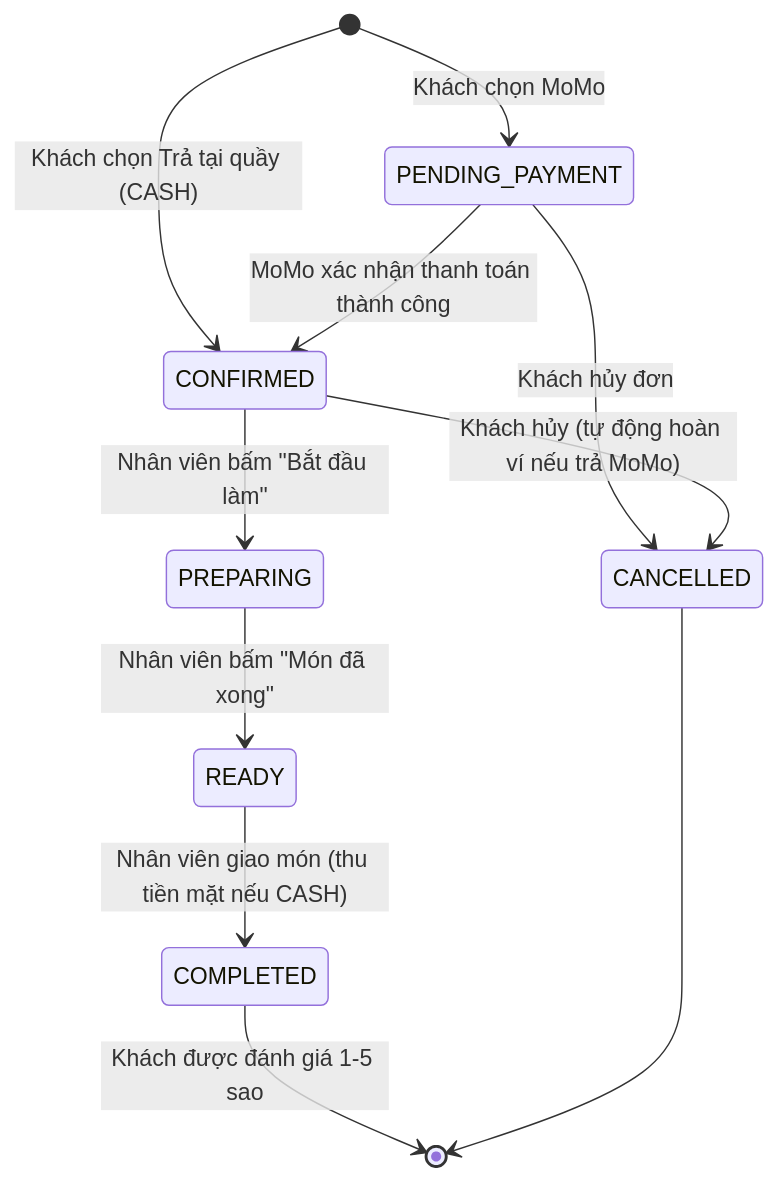
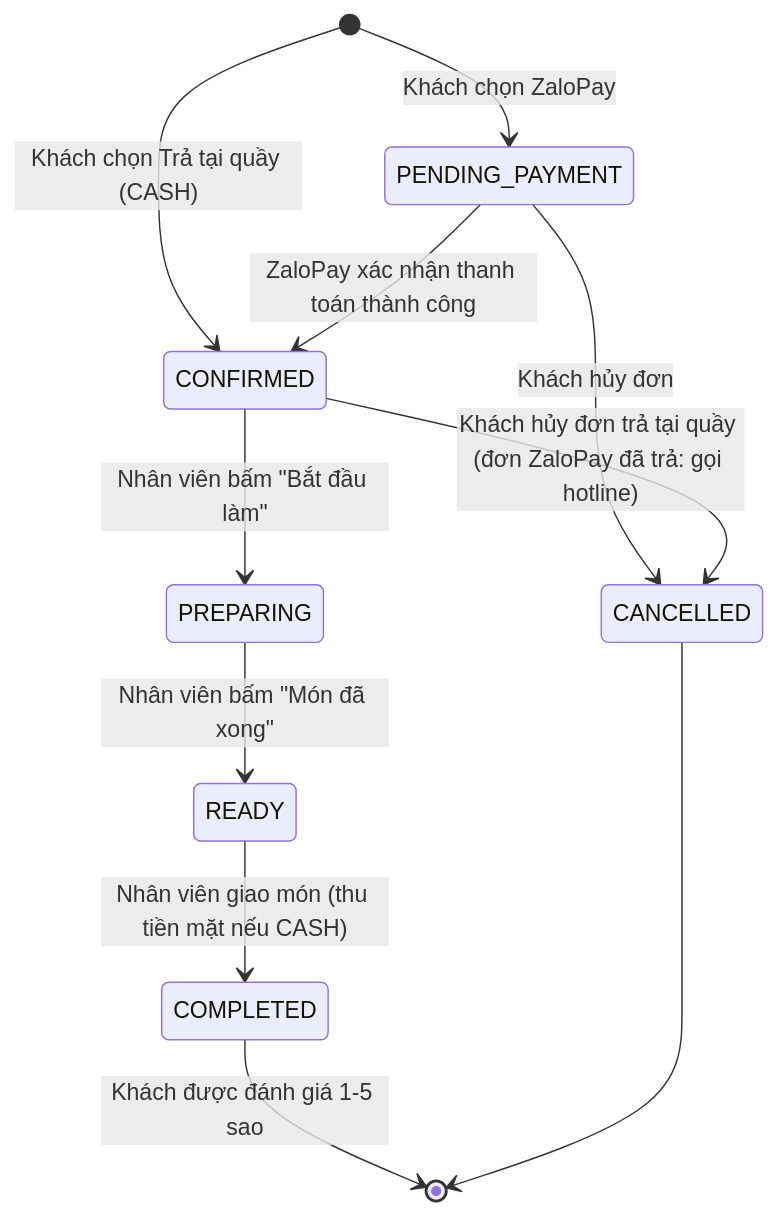
The fourth of 4 diagrams in docs/THIET_KE_HE_THONG_USECASE_ERD.md (MinhThaiDangCap/SOA_FinalReport_DriveThru), drawn with Mermaid before and after one commit. The commit also changed other lines of this file and 30 other files, not shown here.

First line of the commit message:
feat(payment): chỉ còn ZaloPay và tiền mặt, đơn đã trả không tự hủy

````diff
--- a/docs/THIET_KE_HE_THONG_USECASE_ERD.md
+++ b/docs/THIET_KE_HE_THONG_USECASE_ERD.md
@@ -520,17 +519,17 @@
 ```mermaid
 stateDiagram-v2
-    [*] --> PENDING_PAYMENT: Khách chọn MoMo
+    [*] --> PENDING_PAYMENT: Khách chọn ZaloPay
     [*] --> CONFIRMED: Khách chọn Trả tại quầy (CASH)
 
-    PENDING_PAYMENT --> CONFIRMED: MoMo xác nhận thanh toán thành công
+    PENDING_PAYMENT --> CONFIRMED: ZaloPay xác nhận thanh toán thành công
     PENDING_PAYMENT --> CANCELLED: Khách hủy đơn
 
     CONFIRMED --> PREPARING: Nhân viên bấm "Bắt đầu làm"
-    CONFIRMED --> CANCELLED: Khách hủy (tự động hoàn ví nếu trả MoMo)
+    CONFIRMED --> CANCELLED: Khách hủy đơn trả tại quầy (đơn ZaloPay đã trả: gọi hotline)
 
     PREPARING --> READY: Nhân viên bấm "Món đã xong"
     READY --> COMPLETED: Nhân viên giao món (thu tiền mặt nếu CASH)
 
     COMPLETED --> [*]: Khách được đánh giá 1-5 sao
     CANCELLED --> [*]
 ```
````
